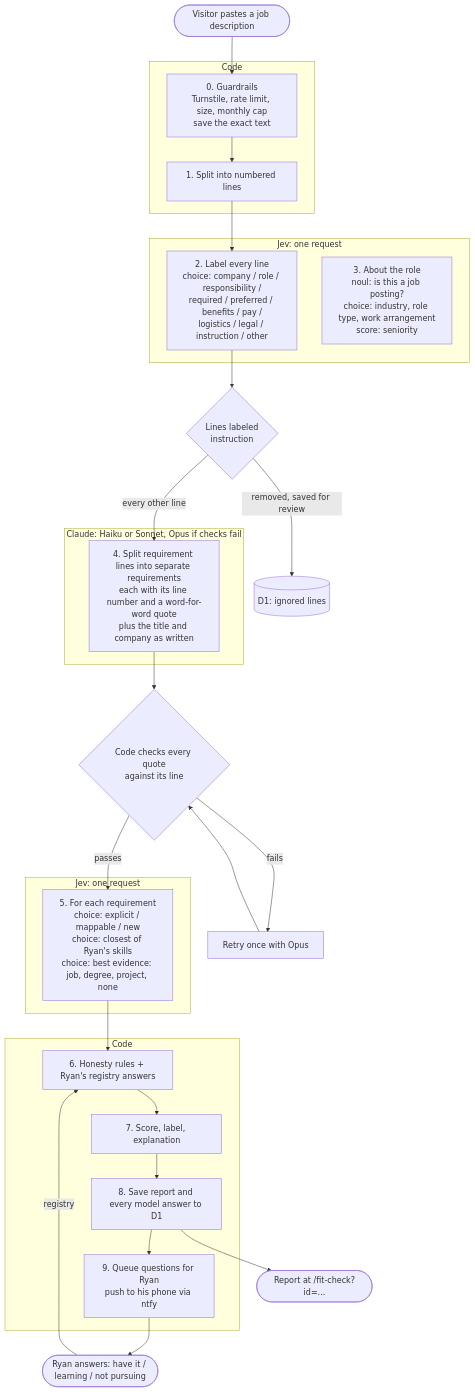
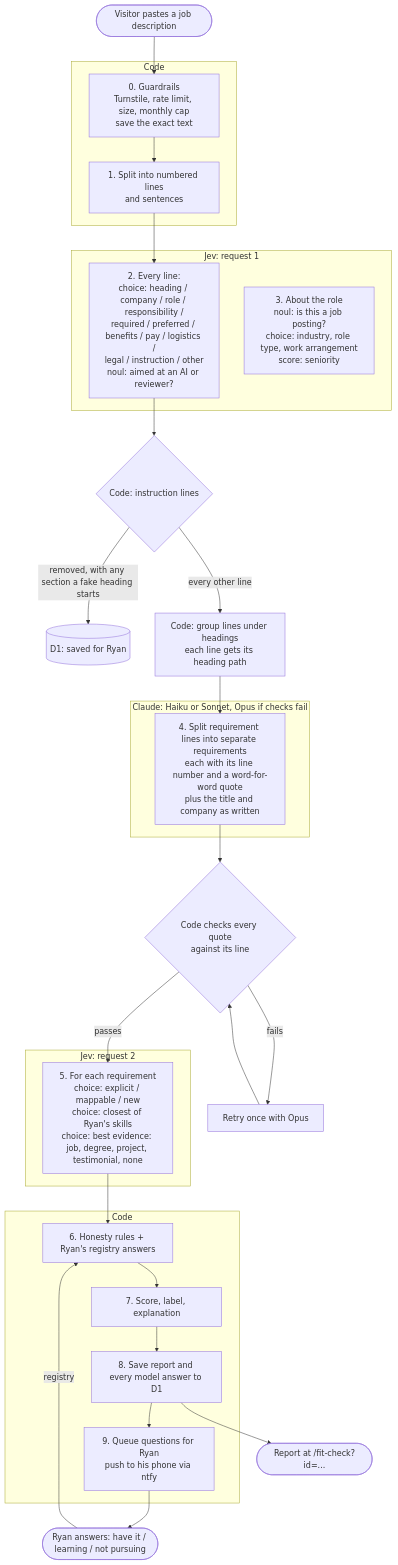
Before and after one commit to rjrjensen/whoami: the diagram in docs/fit-check-flow.md, drawn with Mermaid. The commit also changed other lines of this file and 4 other files, not shown here.

Commit message:
Fit Check: push once 20 postings are saved; flow doc gets the line-labeling test and skills-check decisions

````diff
--- a/docs/fit-check-flow.md
+++ b/docs/fit-check-flow.md
@@ -32,44 +32,45 @@
 ```mermaid
 flowchart TD
     A([Visitor pastes a job description]) --> B
 
     subgraph CODE1 [Code]
-        B[0. Guardrails<br/>Turnstile, rate limit, size, monthly cap<br/>save the exact text] --> C[1. Split into numbered lines]
+        B[0. Guardrails<br/>Turnstile, rate limit, size, monthly cap<br/>save the exact text] --> C[1. Split into numbered lines<br/>and sentences]
     end
 
     C --> D
 
-    subgraph JEV1 [Jev: one request]
-        D[2. Label every line<br/>choice: company / role / responsibility /<br/>required / preferred / benefits / pay /<br/>logistics / legal / instruction / other]
+    subgraph JEV1 [Jev: request 1]
+        D[2. Every line:<br/>choice: heading / company / role / responsibility /<br/>required / preferred / benefits / pay / logistics /<br/>legal / instruction / other<br/>noul: aimed at an AI or reviewer?]
         D2[3. About the role<br/>noul: is this a job posting?<br/>choice: industry, role type, work arrangement<br/>score: seniority]
     end
 
-    D --> E{Lines labeled<br/>instruction}
-    E -- removed, saved for review --> X[(D1: ignored lines)]
-    E -- every other line --> F
+    D --> E{Code: instruction lines}
+    E -- removed, with any section a fake heading starts --> X[(D1: saved for Ryan)]
+    E -- every other line --> S[Code: group lines under headings<br/>each line gets its heading path]
+    S --> F
 
     subgraph CLAUDE [Claude: Haiku or Sonnet, Opus if checks fail]
         F[4. Split requirement lines into separate requirements<br/>each with its line number and a word-for-word quote<br/>plus the title and company as written]
     end
 
     F --> G{Code checks every quote<br/>against its line}
     G -- fails --> F2[Retry once with Opus]
     F2 --> G
     G -- passes --> H
 
-    subgraph JEV2 [Jev: one request]
-        H[5. For each requirement<br/>choice: explicit / mappable / new<br/>choice: closest of Ryan's skills<br/>choice: best evidence: job, degree, project, none]
+    subgraph JEV2 [Jev: request 2]
+        H[5. For each requirement<br/>choice: explicit / mappable / new<br/>choice: closest of Ryan's skills<br/>choice: best evidence: job, degree, project, testimonial, none]
     end
 
     H --> I
 
     subgraph CODE2 [Code]
         I[6. Honesty rules + Ryan's registry answers] --> J[7. Score, label, explanation]
         J --> K[8. Save report and every model answer to D1]
         K --> L[9. Queue questions for Ryan<br/>push to his phone via ntfy]
     end
 
     K --> M([Report at /fit-check?id=...])
     L --> N([Ryan answers: have it / learning / not pursuing])
     N -->|registry| I
 ```
````
